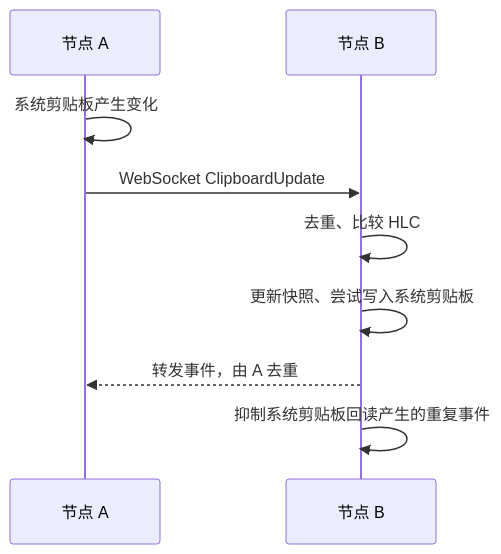
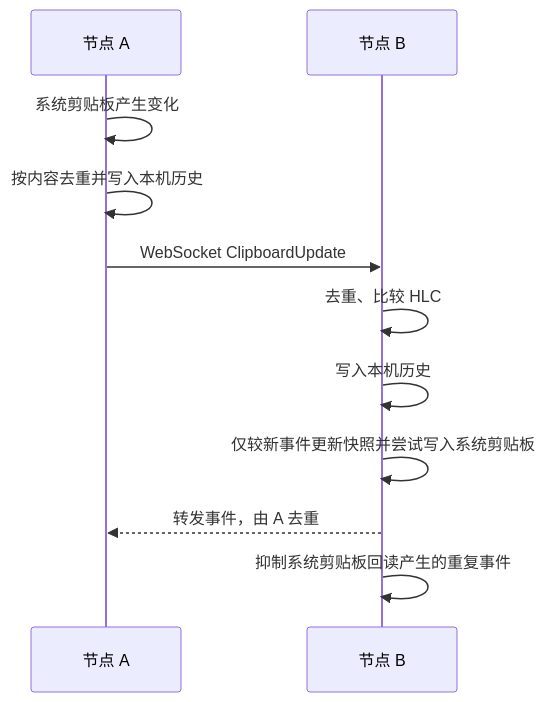
Before and after one commit to yangjinming1062/MeshShare: the third of 5 diagrams in docs/ARCHITECTURE_MAP.md, drawn with Mermaid. The commit also changed other lines of this file and 12 other files, not shown here.

````diff
--- a/docs/ARCHITECTURE_MAP.md
+++ b/docs/ARCHITECTURE_MAP.md
@@ -35,11 +35,13 @@
 ```mermaid
 sequenceDiagram
   participant A as 节点 A
   participant B as 节点 B
   A->>A: 系统剪贴板产生变化
+  A->>A: 按内容去重并写入本机历史
   A->>B: WebSocket ClipboardUpdate
   B->>B: 去重、比较 HLC
-  B->>B: 更新快照、尝试写入系统剪贴板
+  B->>B: 写入本机历史
+  B->>B: 仅较新事件更新快照并尝试写入系统剪贴板
   B-->>A: 转发事件，由 A 去重
   B->>B: 抑制系统剪贴板回读产生的重复事件
 ```
````
